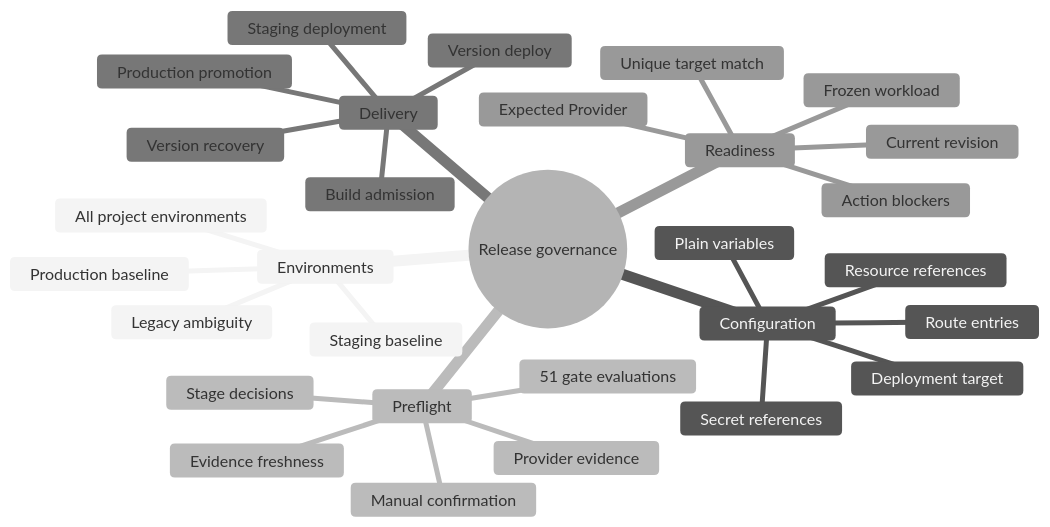
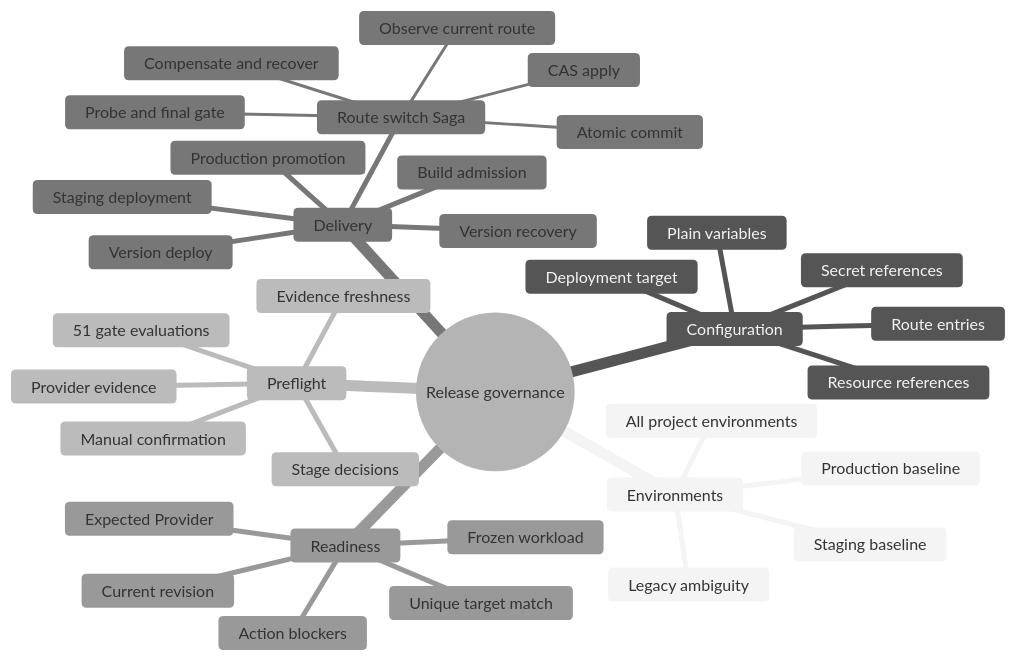
One commit to 751848178/svton changed the third of 5 diagrams in docs-internal/devpilot/release-environment-governance-architecture.md. Above: the diagram before and after it, drawn with Mermaid (neutral theme). The commit also changed other lines of this file and 150 other files, not shown here.

````diff
--- a/docs-internal/devpilot/release-environment-governance-architecture.md
+++ b/docs-internal/devpilot/release-environment-governance-architecture.md
@@ -94,33 +116,39 @@
 ```mermaid
 mindmap
   root((Release governance))
     Environments
       All project environments
       Staging baseline
       Production baseline
       Legacy ambiguity
     Configuration
       Deployment target
       Resource references
       Plain variables
       Secret references
       Route entries
     Preflight
       51 gate evaluations
       Stage decisions
       Provider evidence
       Manual confirmation
       Evidence freshness
     Delivery
       Build admission
       Staging deployment
       Production promotion
       Version deploy
       Version recovery
+      Route switch Saga
+        Observe current route
+        CAS apply
+        Probe and final gate
+        Atomic commit
+        Compensate and recover
     Readiness
       Expected Provider
       Unique target match
       Current revision
       Frozen workload
       Action blockers
 ```
````
